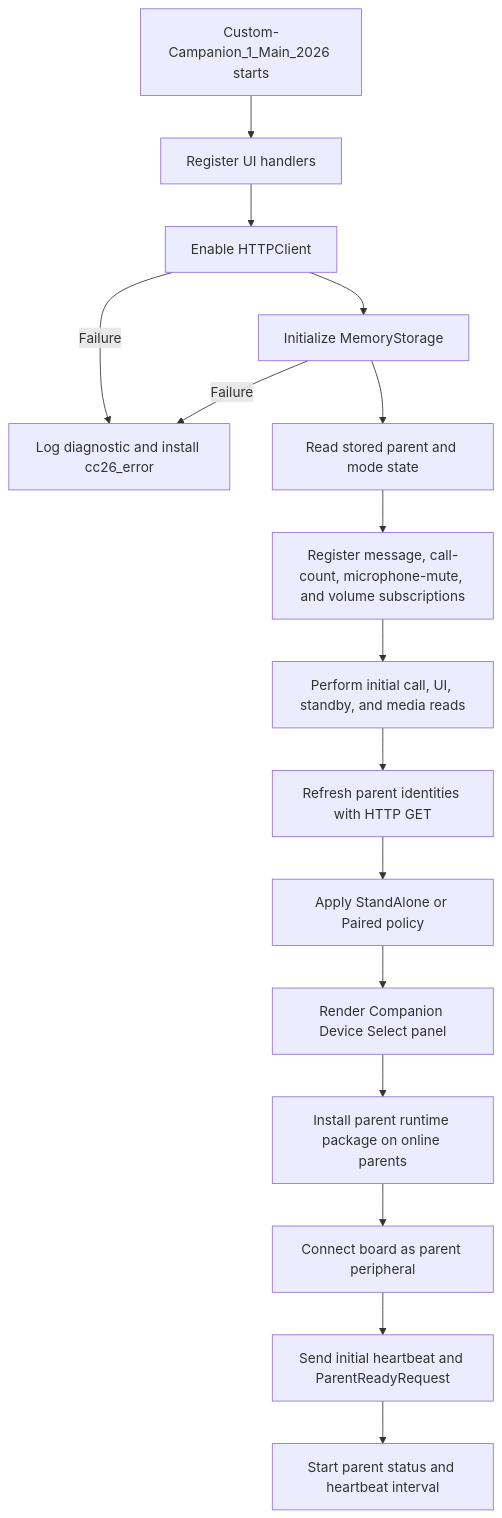
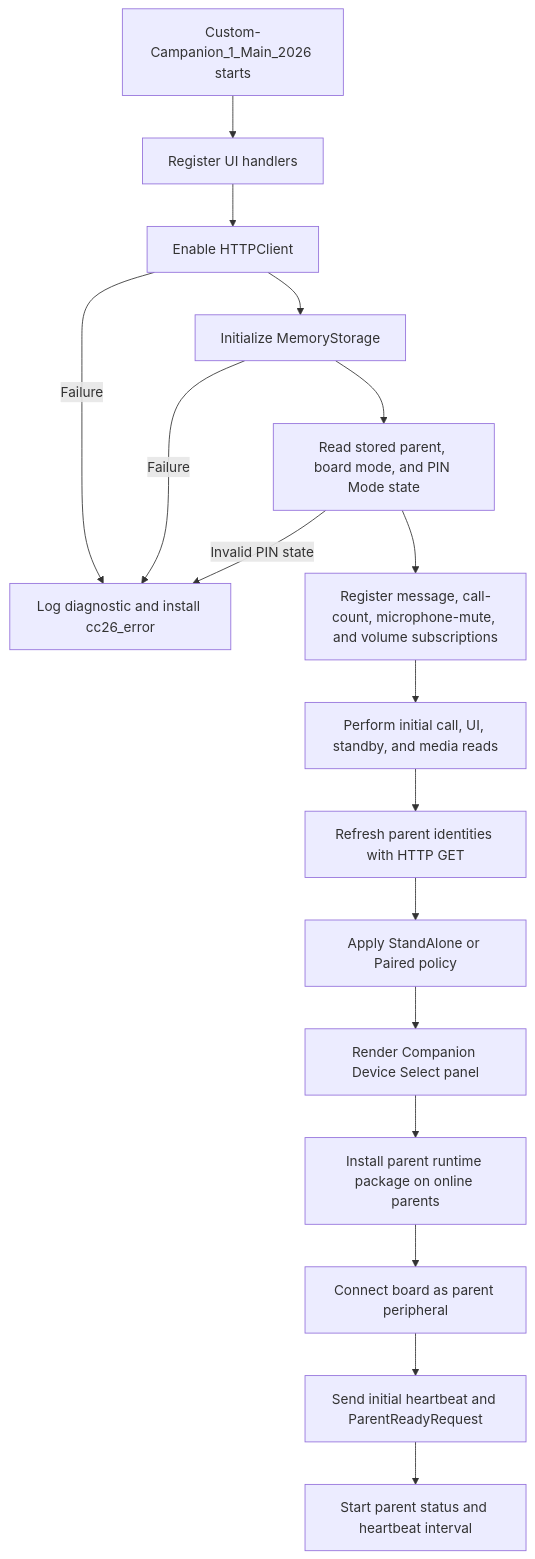
Before and after one commit to ctg-tme/Custom_Companion_2026: the first of 7 diagrams in README.md, drawn with Mermaid. The commit also changed other lines of this file and 12 other files, not shown here.

````diff
--- a/README.md
+++ b/README.md
@@ -56,18 +57,19 @@
 ```mermaid
 flowchart TD
 	A[Custom-Campanion_1_Main_2026 starts] --> B[Register UI handlers]
 	B --> C[Enable HTTPClient]
 	C --> D[Initialize MemoryStorage]
 	C -- Failure --> X[Log diagnostic and install cc26_error]
 	D -- Failure --> X
-	D --> E[Read stored parent and mode state]
+	D --> E[Read stored parent, board mode, and PIN Mode state]
+	E -- Invalid PIN state --> X
 	E --> F[Register message, call-count, microphone-mute, and volume subscriptions]
 	F --> G[Perform initial call, UI, standby, and media reads]
 	G --> H[Refresh parent identities with HTTP GET]
 	H --> I[Apply StandAlone or Paired policy]
 	I --> J[Render Companion Device Select panel]
 	J --> K[Install parent runtime package on online parents]
 	K --> L[Connect board as parent peripheral]
 	L --> M[Send initial heartbeat and ParentReadyRequest]
 	M --> N[Start parent status and heartbeat interval]
 ```
````
